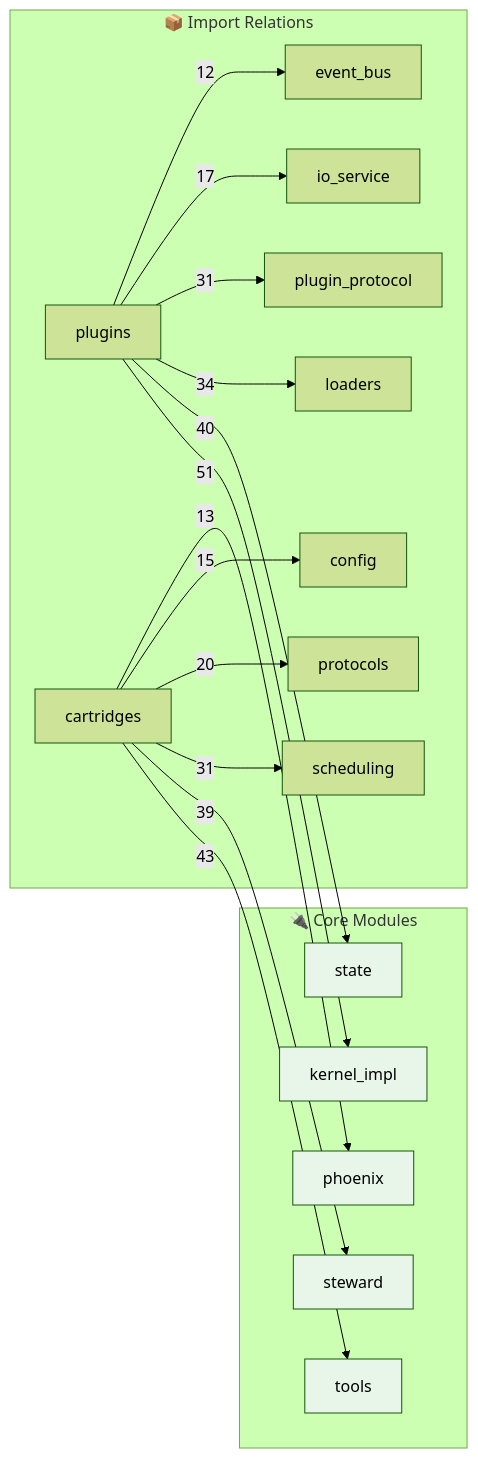
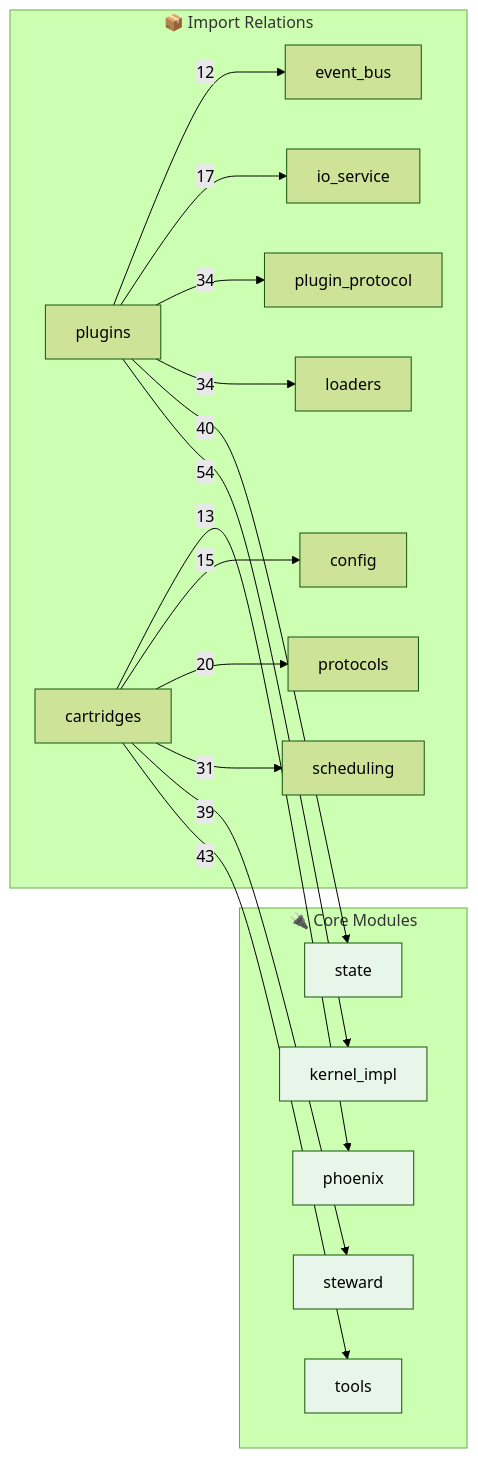
The second of 2 diagrams in OPUS.md (kimeisele/steward-protocol), drawn with Mermaid (forest theme) before and after one commit. The commit also changed other lines of this file and 16 other files, not shown here.

````diff
--- a/OPUS.md
+++ b/OPUS.md
@@ -755,31 +757,31 @@
 ```mermaid
 flowchart LR
     subgraph Core["🔌 Core Modules"]
         kernel_impl[kernel_impl]
         steward[steward]
         tools[tools]
         state[state]
         phoenix[phoenix]
     end
 
     subgraph Edges["📦 Import Relations"]
-        plugins -->|51| kernel_impl
+        plugins -->|54| kernel_impl
         cartridges -->|43| tools
         plugins -->|40| state
         cartridges -->|39| steward
         plugins -->|34| loaders
+        plugins -->|34| plugin_protocol
         cartridges -->|31| scheduling
-        plugins -->|31| plugin_protocol
         cartridges -->|20| protocols
         plugins -->|17| io_service
         cartridges -->|15| config
         cartridges -->|13| phoenix
         plugins -->|12| event_bus
     end
 
     style kernel_impl fill:#e8f5e9
     style steward fill:#e8f5e9
     style tools fill:#e8f5e9
     style state fill:#e8f5e9
     style phoenix fill:#e8f5e9
 ```
````
